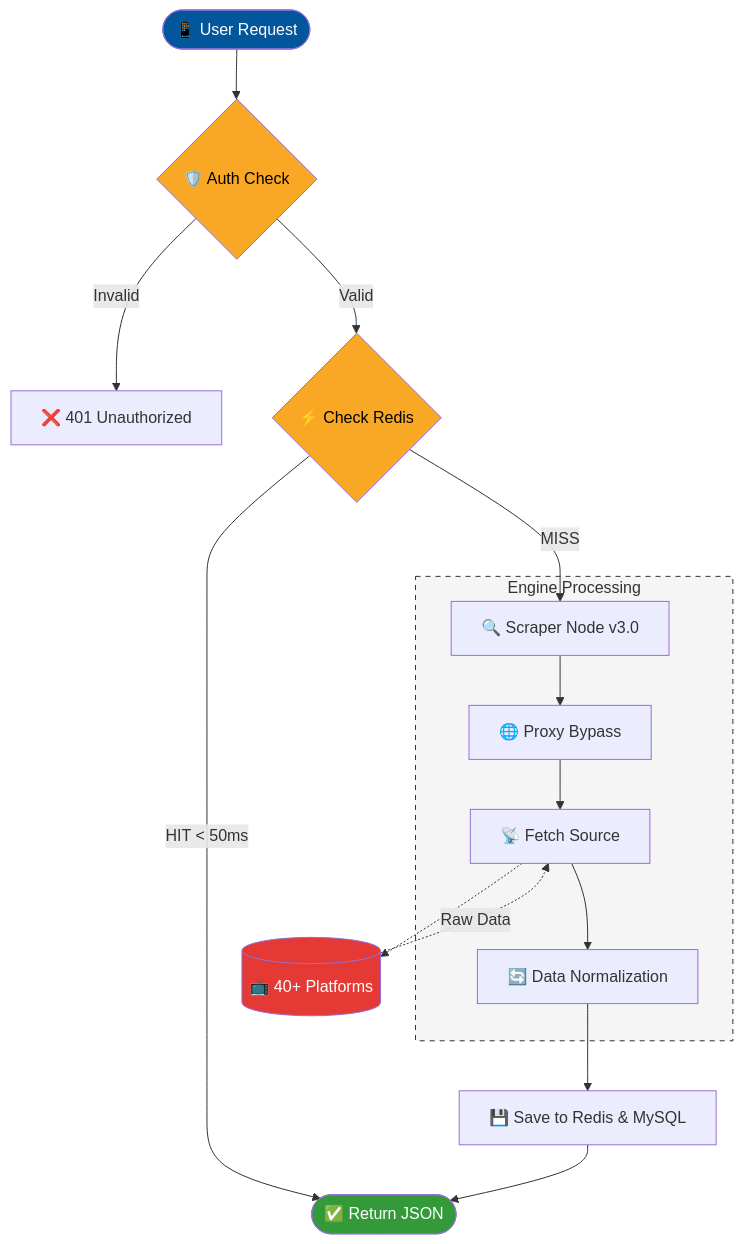
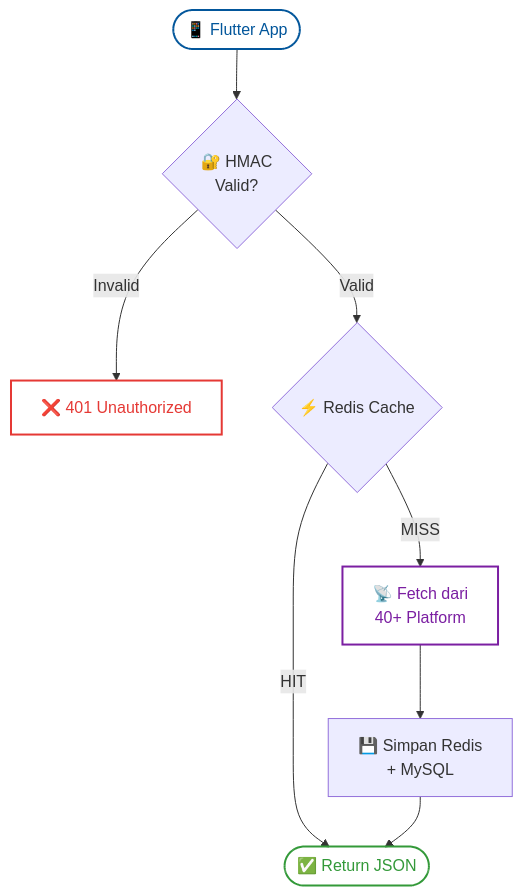
The diagram in README.md (irwanx/quickplay-download), drawn with Mermaid before and after one commit. The commit also changed other lines of this file, not shown here.

Commit message:
docs: update README - 50 providers, add Lupacine, improve mermaid diagram
- Update provider list to 50 platforms (add Lupacine, DramaBox Tempek, ShortSky, BonusTV, VibeShort, DramaVerse, StoryReel)
- Redesign system architecture mermaid diagram with security/cache/provider layers
- Update version badge to v1.2.0

````diff
--- a/README.md
+++ b/README.md
@@ -21,36 +21,16 @@
 ```mermaid
 graph TD
-    %% Entry Point
-    Start([📱 User Request]) --> Auth{🛡️ Auth Check}
-    
-    %% Security Logic
+    Start([📱 Flutter App]) --> Auth{🔐 HMAC\nValid?}
     Auth -- Invalid --> Deny[❌ 401 Unauthorized]
-    Auth -- Valid --> CacheCheck{⚡ Check Redis}
+    Auth -- Valid --> Redis{⚡ Redis Cache}
 
-    %% Cache Logic
-    CacheCheck -- HIT < 50ms --> Response([✅ Return JSON])
-    CacheCheck -- MISS --> ScraperNode[🔍 Scraper Node v3.0]
+    Redis -- HIT --> ResJSON([✅ Return JSON])
+    Redis -- MISS --> Fetch[📡 Fetch dari\n40+ Platform]
+    Fetch --> Save[💾 Simpan Redis\n+ MySQL]
+    Save --> ResJSON
 
-    %% Scraping Logic
-    subgraph Scraping_Process [Engine Processing]
-        ScraperNode --> Proxy[🌐 Proxy Bypass]
-        Proxy --> Fetch[📡 Fetch Source]
-        Fetch --> Norm[🔄 Data Normalization]
-    end
-
-    %% Storage & Return
-    Norm --> SaveCache[💾 Save to Redis & MySQL]
-    SaveCache --> Response
-
-    %% External Sources
-    Fetch -.-> Sources[(📺 40+ Platforms)]
-    Sources -.->|Raw Data| Fetch
-
-    %% Styling
-    style Start fill:#02569B,color:#fff
-    style Response fill:#339939,color:#fff
-    style Auth fill:#f9a825,color:#000
-    style CacheCheck fill:#f9a825,color:#000
-    style Sources fill:#e53935,color:#fff
-    style Scraping_Process fill:#f5f5f5,stroke:#333,stroke-dasharray: 5 5
+    style Start fill:transparent,stroke:#02569B,stroke-width:2px,color:#02569B
+    style ResJSON fill:transparent,stroke:#339939,stroke-width:2px,color:#339939
+    style Deny fill:transparent,stroke:#E53935,stroke-width:2px,color:#E53935
+    style Fetch fill:transparent,stroke:#7B1FA2,stroke-width:2px,color:#7B1FA2
 ```
````
